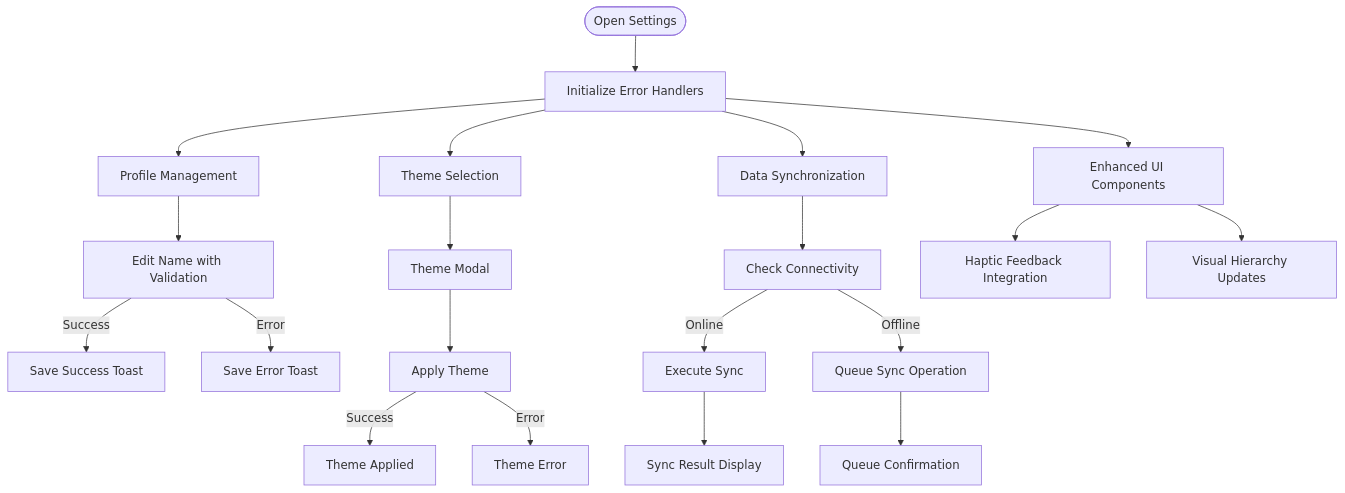
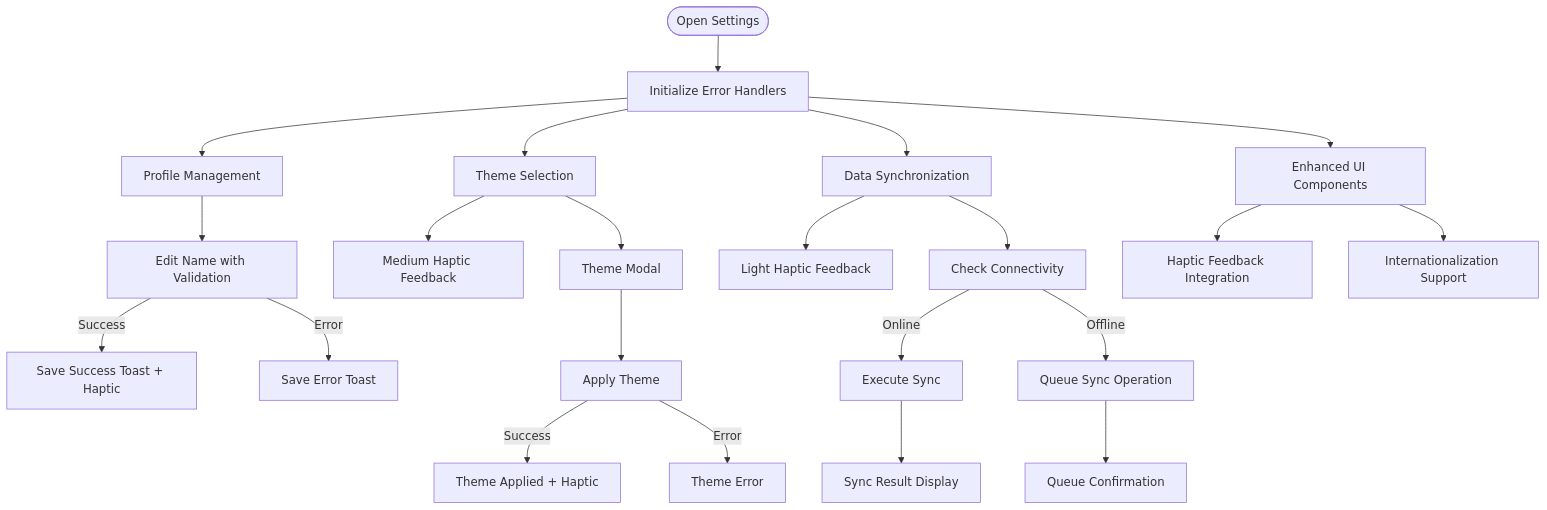
The third of 11 diagrams in .qoder/repowiki/en/content/Settings and Configuration.md (AdeelTahir-SE/DermSight), drawn with Mermaid before and after one commit. The commit also changed other lines of this file and 37 other files, not shown here.

````diff
--- a/.qoder/repowiki/en/content/Settings and Configuration.md
+++ b/.qoder/repowiki/en/content/Settings and Configuration.md
@@ -207,22 +213,24 @@
 ```mermaid
 flowchart TD
 Start(["Open Settings"]) --> ErrorHandler["Initialize Error Handlers"]
 ErrorHandler --> Profile["Profile Management"]
 Profile --> NameEdit["Edit Name with Validation"]
-NameEdit --> |Success| SaveSuccess["Save Success Toast"]
+NameEdit --> |Success| SaveSuccess["Save Success Toast + Haptic"]
 NameEdit --> |Error| SaveError["Save Error Toast"]
 ErrorHandler --> ThemePicker["Theme Selection"]
+ThemePicker --> HapticMedium["Medium Haptic Feedback"]
 ThemePicker --> ThemeModal["Theme Modal"]
 ThemeModal --> ThemeApply["Apply Theme"]
-ThemeApply --> |Success| ThemeSuccess["Theme Applied"]
+ThemeApply --> |Success| ThemeSuccess["Theme Applied + Haptic"]
 ThemeApply --> |Error| ThemeError["Theme Error"]
 ErrorHandler --> DataSync["Data Synchronization"]
+DataSync --> HapticLight["Light Haptic Feedback"]
 DataSync --> SyncCheck["Check Connectivity"]
 SyncCheck --> |Online| ExecuteSync["Execute Sync"]
 SyncCheck --> |Offline| QueueSync["Queue Sync Operation"]
 ExecuteSync --> SyncResult["Sync Result Display"]
 QueueSync --> QueueMessage["Queue Confirmation"]
 ErrorHandler --> UIEnhancements["Enhanced UI Components"]
-UIEnhancements --> HapticFeedback["Haptic Feedback Integration"]
-UIEnhancements --> VisualHierarchy["Visual Hierarchy Updates"]
+UIEnhancements --> HapticIntegration["Haptic Feedback Integration"]
+UIEnhancements --> IntlSupport["Internationalization Support"]
 ```
````
